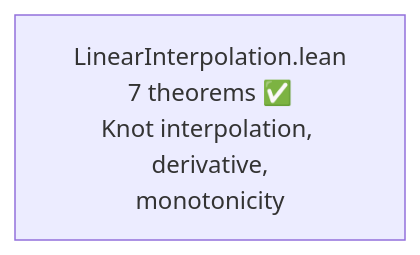
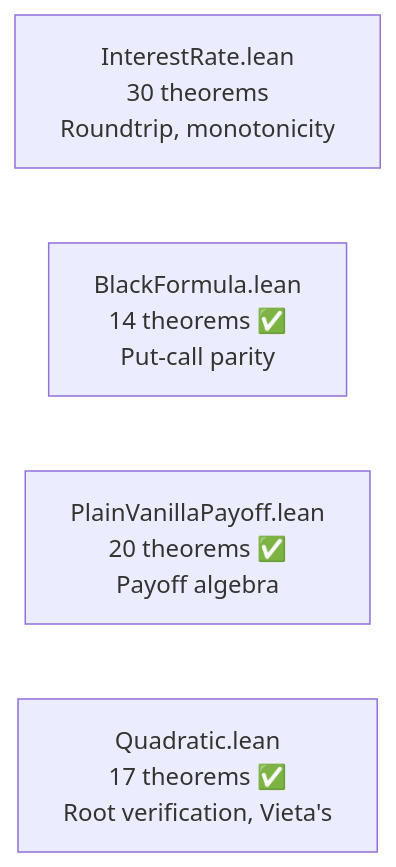
The third of 8 diagrams in formal-verification/REPORT.md (dsyme/QuantLib), drawn with Mermaid before and after one commit. The commit also changed other lines of this file and 1 other file, not shown here.

````diff
--- a/formal-verification/REPORT.md
+++ b/formal-verification/REPORT.md
@@ -99,4 +86,7 @@
 ```mermaid
 graph LR
-    F3["LinearInterpolation.lean<br/>7 theorems ✅<br/>Knot interpolation, derivative,<br/>monotonicity"]
+    F1["InterestRate.lean<br/>30 theorems<br/>Roundtrip, monotonicity"]
+    F2["BlackFormula.lean<br/>14 theorems ✅<br/>Put-call parity"]
+    F3["PlainVanillaPayoff.lean<br/>20 theorems ✅<br/>Payoff algebra"]
+    F4["Quadratic.lean<br/>17 theorems ✅<br/>Root verification, Vieta's"]
 ```
````
